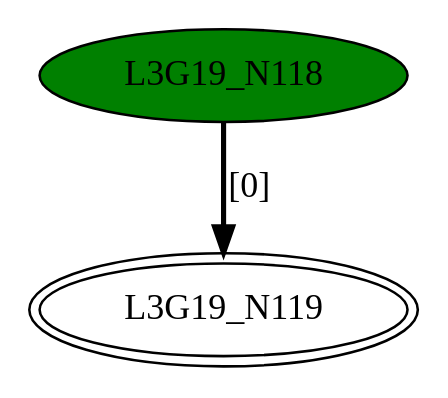
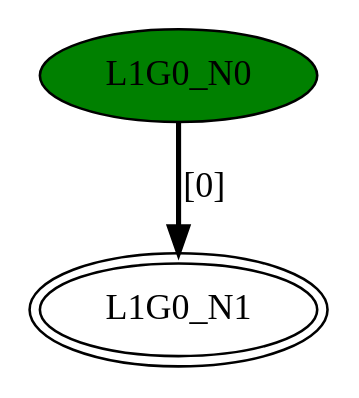
One commit to GDimitroulakos/EDUFLEX changed the diagram in DFASimulator/Testbench/BasicChar_[0].dot. Above: the diagram before and after it, drawn with Graphviz. The commit also changed 72 other files, not shown here.

```diff
--- a/DFASimulator/Testbench/BasicChar_[0].dot
+++ b/DFASimulator/Testbench/BasicChar_[0].dot
@@ -1,5 +1,5 @@
-digraph G19{
-"L3G19_N118" [style=filled,fillcolor=green];
-"L3G19_N119" [peripheries=2];
-"L3G19_N118"->"L3G19_N119" [style = bold, label = "[0]"];
+digraph G0{
+"L1G0_N0" [style=filled,fillcolor=green];
+"L1G0_N1" [peripheries=2];
+"L1G0_N0"->"L1G0_N1" [style = bold, label = "[0]"];
 }
```
